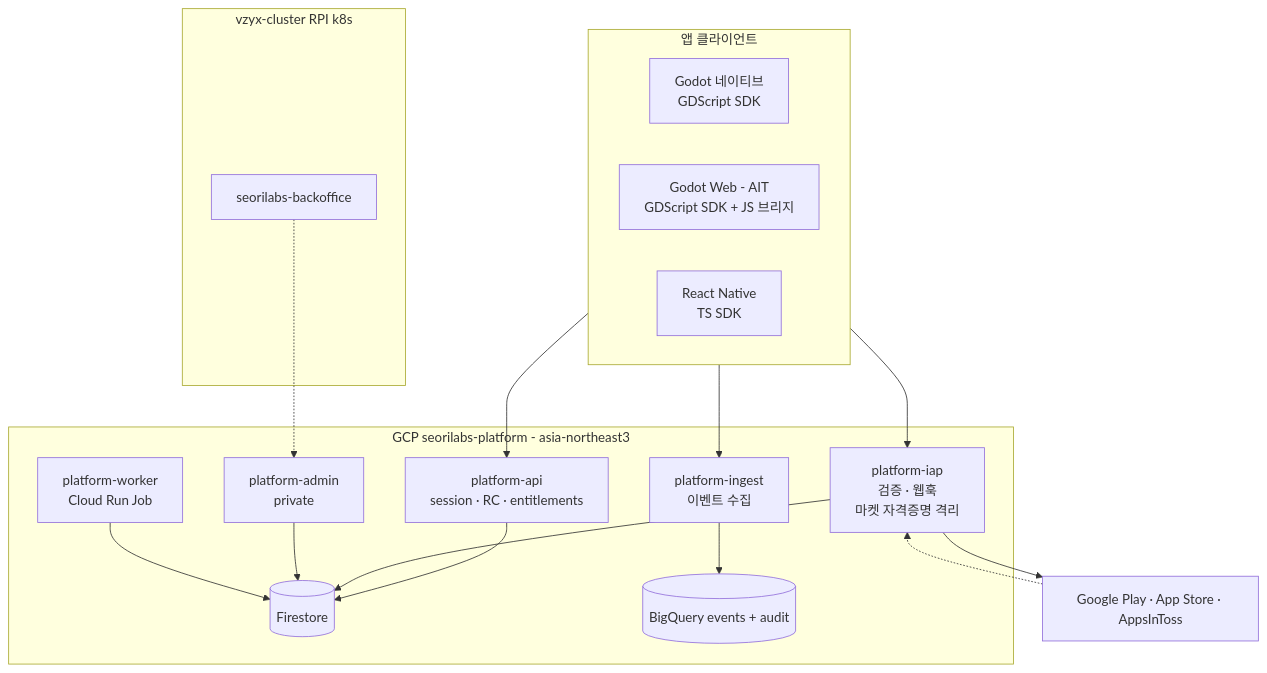
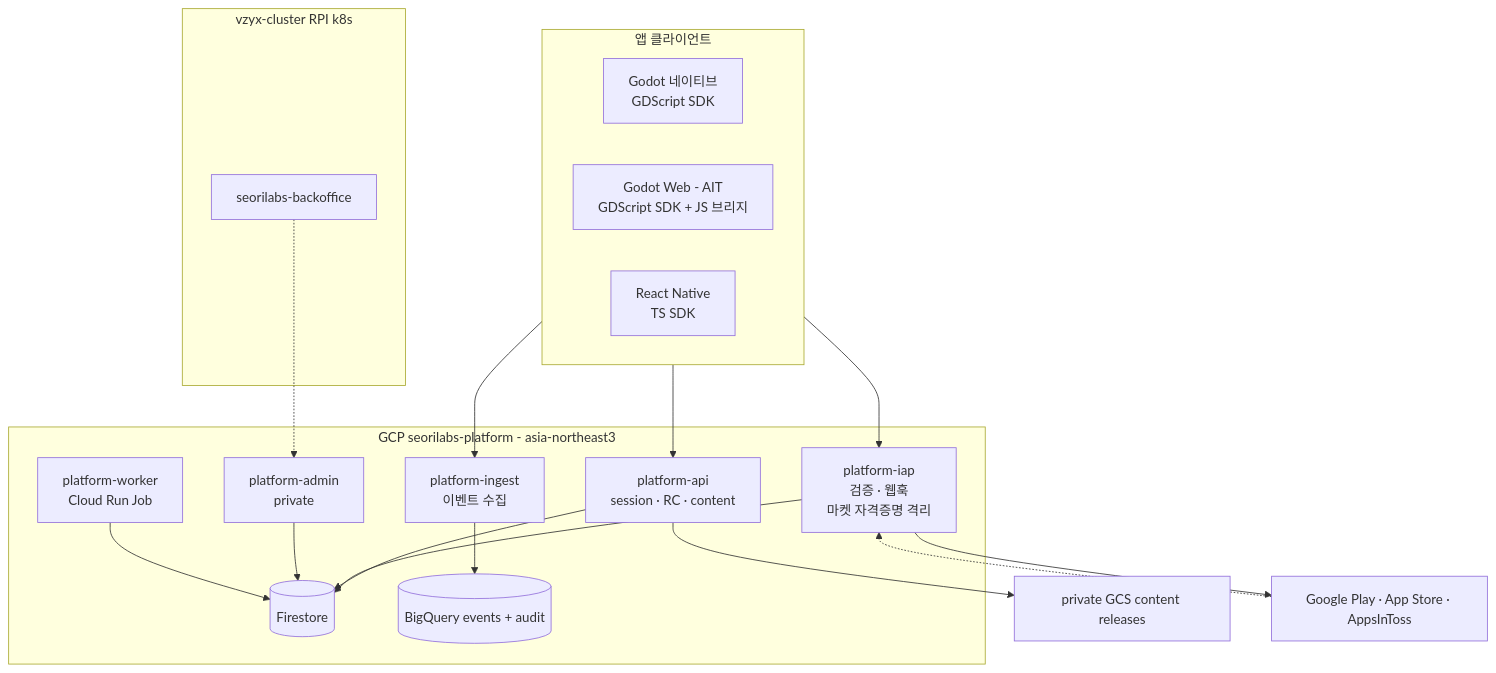
One commit to seorilabs/platform changed the diagram in docs/03-architecture/overview.md. Above: the diagram before and after it, drawn with Mermaid. The commit also changed other lines of this file and 42 other files, not shown here.

````diff
--- a/docs/03-architecture/overview.md
+++ b/docs/03-architecture/overview.md
@@ -5,34 +5,35 @@
 ```mermaid
 flowchart TB
   subgraph CLIENT["앱 클라이언트"]
     GD["Godot 네이티브<br/>GDScript SDK"]
     GW["Godot Web - AIT<br/>GDScript SDK + JS 브리지"]
     RN["React Native<br/>TS SDK"]
   end
 
   subgraph GCP["GCP seorilabs-platform - asia-northeast3"]
-    API["platform-api<br/>session · RC · entitlements"]
+    API["platform-api<br/>session · RC · content"]
     IAP["platform-iap<br/>검증 · 웹훅<br/>마켓 자격증명 격리"]
     ING["platform-ingest<br/>이벤트 수집"]
     ADM["platform-admin<br/>private"]
     JOB["platform-worker<br/>Cloud Run Job"]
     FS[("Firestore")]
     BQ[("BigQuery events + audit")]
   end
 
   subgraph RPI["vzyx-cluster RPI k8s"]
     BO["seorilabs-backoffice"]
   end
 
   CLIENT --> API
   CLIENT --> IAP
   CLIENT --> ING
   API --> FS
+  API --> GCS["private GCS content releases"]
   IAP --> FS
   ING --> BQ
   ADM --> FS
   JOB --> FS
   IAP --> MARKETS["Google Play · App Store · AppsInToss"]
   MARKETS -.-> IAP
   BO -.-> ADM
 ```
````
